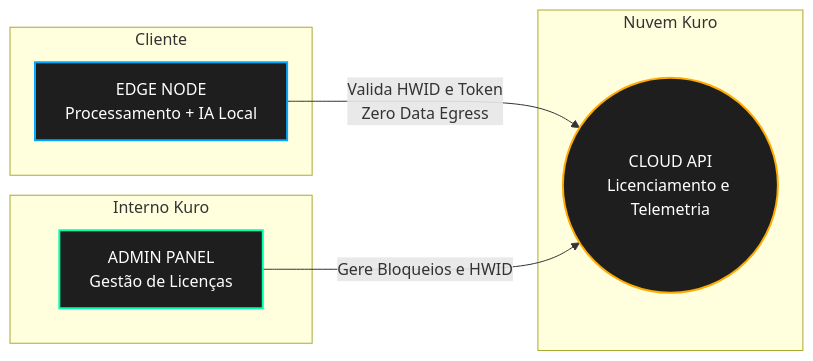
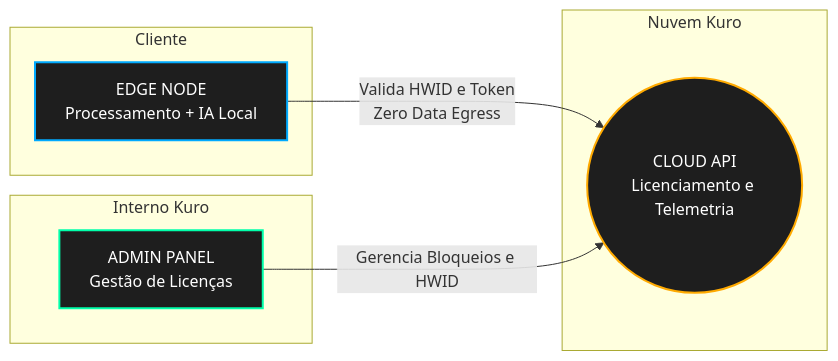
One commit to Gabriel-nux/kuro-core-case-study changed the diagram in README.md. Above: the diagram before and after it, drawn with Mermaid. The commit also changed other lines of this file, not shown here.

````diff
--- a/README.md
+++ b/README.md
@@ -25,21 +25,21 @@
 ```mermaid
 graph LR
     subgraph Cliente
     A["EDGE NODE<br>Processamento + IA Local"]
     end
     
     subgraph Nuvem Kuro
     B(("CLOUD API<br>Licenciamento e Telemetria"))
     end
     
     subgraph Interno Kuro
     C["ADMIN PANEL<br>Gestão de Licenças"]
     end
 
     A -->|"Valida HWID e Token<br>Zero Data Egress"| B
-    C -->|"Gere Bloqueios e HWID"| B
+    C -->|"Gerencia Bloqueios e HWID"| B
 
     style A fill:#1e1e1e,stroke:#00aaff,stroke-width:2px,color:#fff
     style B fill:#1e1e1e,stroke:#ffaa00,stroke-width:2px,color:#fff
     style C fill:#1e1e1e,stroke:#00ffaa,stroke-width:2px,color:#fff
 ```
````
